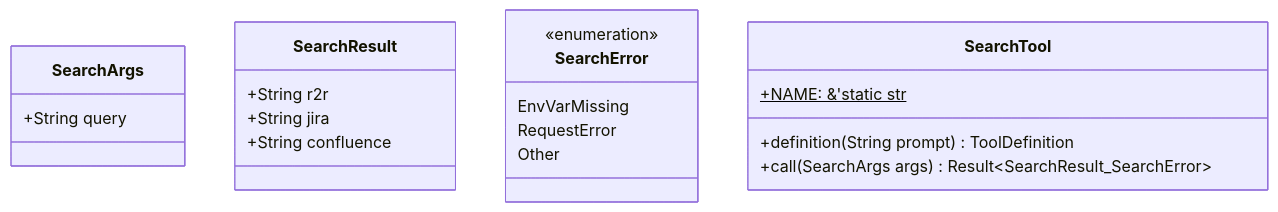
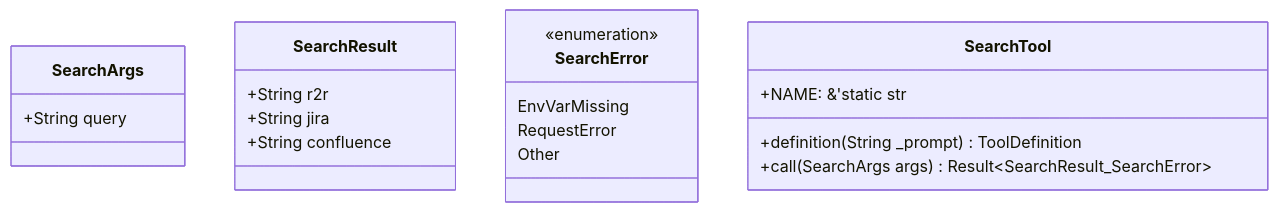
The first of 2 diagrams in .knowledge/src-infrastructure-tools-search.md (lgcorzo/fastapi-autogen-team), drawn with Mermaid before and after one commit. The commit also changed other lines of this file and 10 other files, not shown here.

````diff
--- a/.knowledge/src-infrastructure-tools-search.md
+++ b/.knowledge/src-infrastructure-tools-search.md
@@ -18,25 +18,25 @@
 ```mermaid
 classDiagram
     class SearchArgs {
         +String query
     }
 
     class SearchResult {
         +String r2r
         +String jira
         +String confluence
     }
 
     class SearchError {
         <<enumeration>>
         EnvVarMissing
         RequestError
         Other
     }
 
     class SearchTool {
-        +NAME: &'static str$
-        +definition(String prompt) ToolDefinition
+        +NAME: &'static str
+        +definition(String _prompt) ToolDefinition
         +call(SearchArgs args) Result~SearchResult_SearchError~
     }
 ```
````
